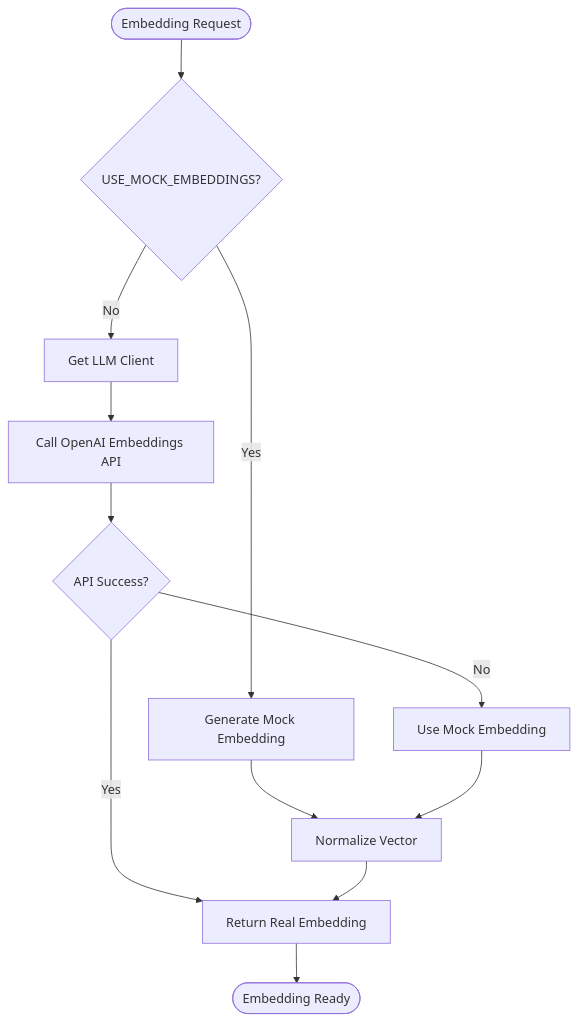
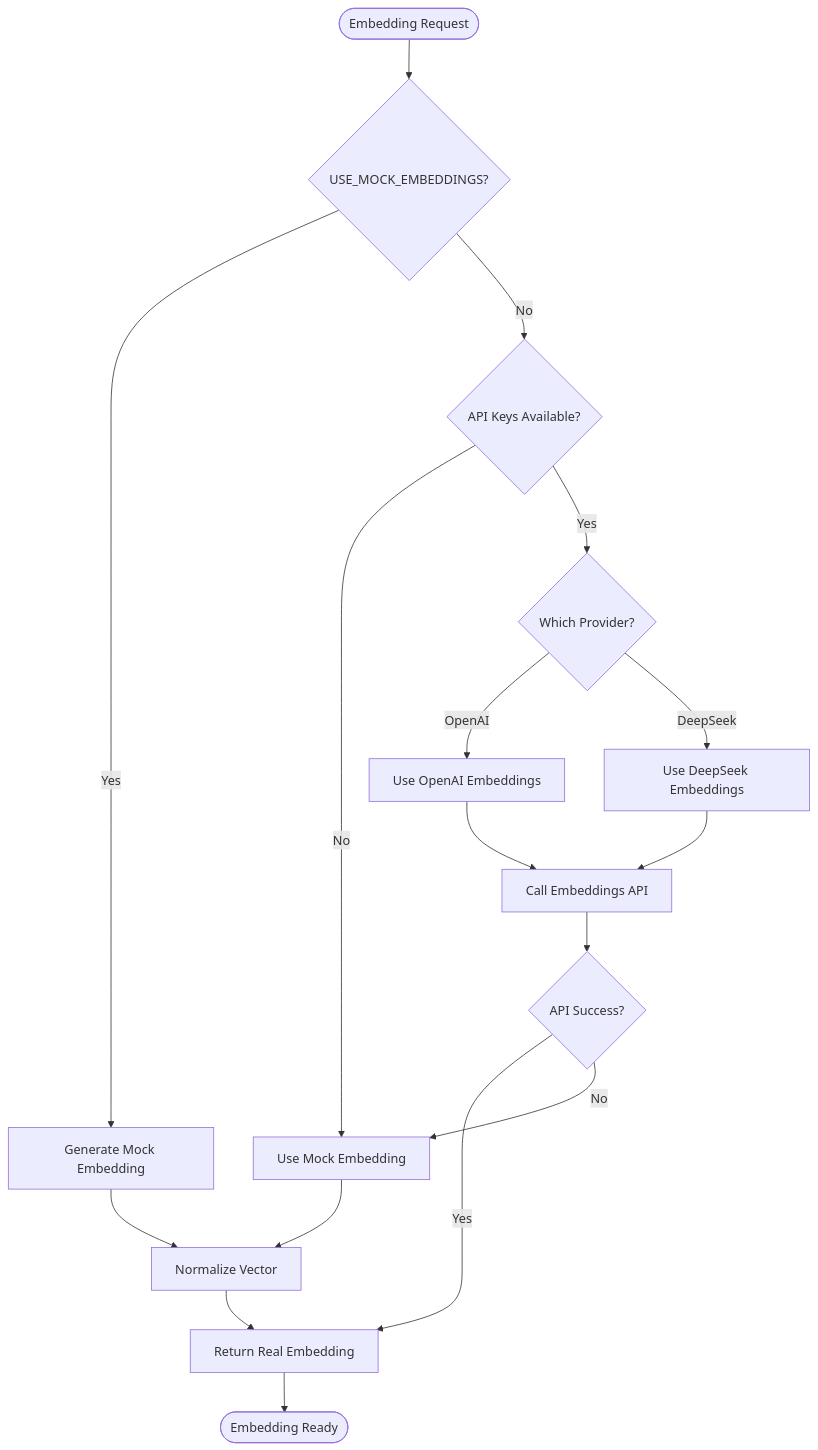
One commit to liwonder/NARRITIVE_OS changed the fourth of 7 diagrams in .qoder/repowiki/en/content/Memory Management System/Vector Store Class.md. Above: the diagram before and after it, drawn with Mermaid. The commit also changed other lines of this file and 12 other files, not shown here.

````diff
--- a/.qoder/repowiki/en/content/Memory Management System/Vector Store Class.md
+++ b/.qoder/repowiki/en/content/Memory Management System/Vector Store Class.md
@@ -193,14 +216,19 @@
 ```mermaid
 flowchart TD
-Start([Embedding Request]) --> CheckEnv{"USE_MOCK_EMBEDDINGS?"}
-CheckEnv --> |Yes| MockEmbedding["Generate Mock Embedding"]
-CheckEnv --> |No| GetLLM["Get LLM Client"]
-GetLLM --> CreateEmbedding["Call OpenAI Embeddings API"]
-CreateEmbedding --> APISuccess{"API Success?"}
+Start([Embedding Request]) --> CheckMock{"USE_MOCK_EMBEDDINGS?"}
+CheckMock --> |Yes| MockEmbedding["Generate Mock Embedding"]
+CheckMock --> |No| CheckAPIKeys{"API Keys Available?"}
+CheckAPIKeys --> |No| Fallback["Use Mock Embedding"]
+CheckAPIKeys --> |Yes| CheckProvider{"Which Provider?"}
+CheckProvider --> |OpenAI| OpenAI["Use OpenAI Embeddings"]
+CheckProvider --> |DeepSeek| DeepSeek["Use DeepSeek Embeddings"]
+OpenAI --> APICall["Call Embeddings API"]
+DeepSeek --> APICall
+APICall --> APISuccess{"API Success?"}
 APISuccess --> |Yes| ReturnEmbedding["Return Real Embedding"]
-APISuccess --> |No| Fallback["Use Mock Embedding"]
+APISuccess --> |No| Fallback
 MockEmbedding --> Normalize["Normalize Vector"]
 Fallback --> Normalize
 Normalize --> ReturnEmbedding
 ReturnEmbedding --> End([Embedding Ready])
 ```
````
